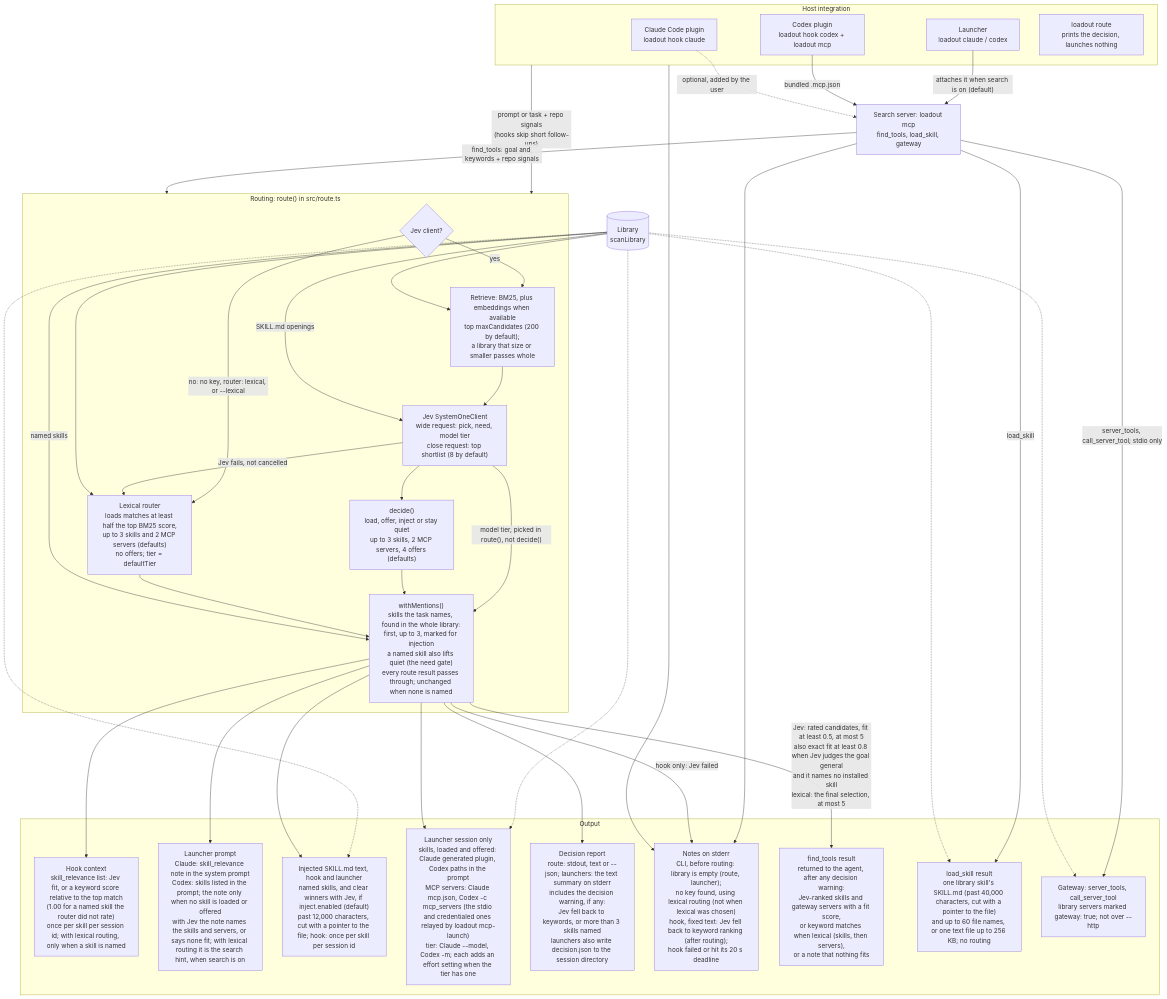
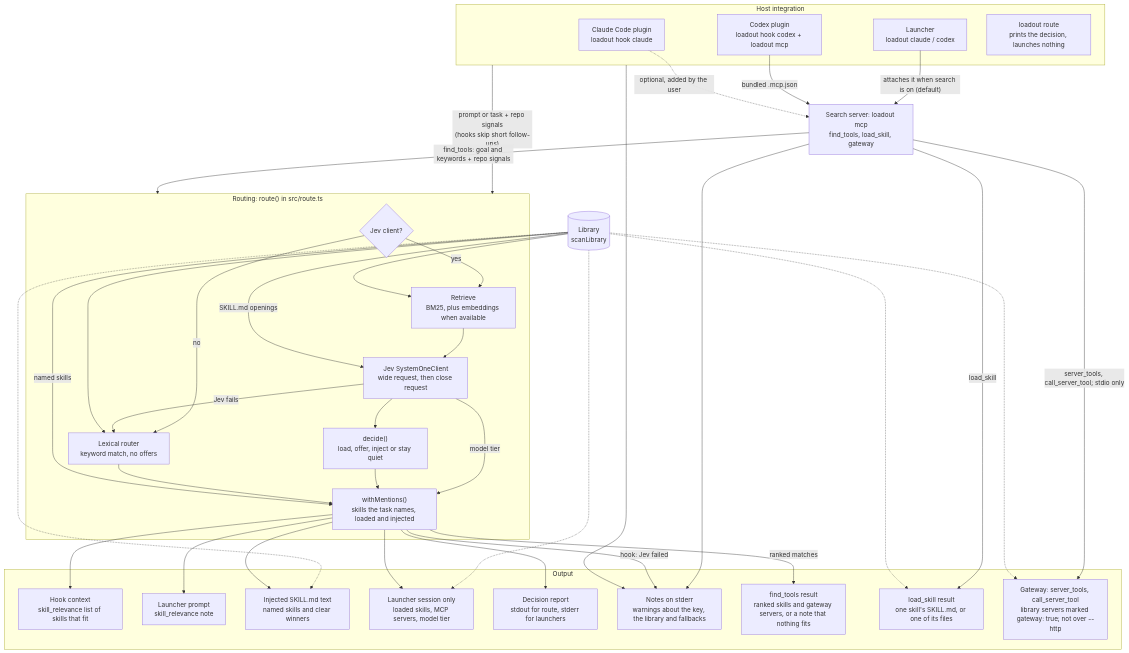
Before and after one commit to erik-hedstrom/loadout: the diagram in DESIGN.md, drawn with Mermaid. The commit also changed other lines of this file and 1 other file, not shown here.

Commit message:
E6: trim diagram labels to role and key output, fix prose nits
pr-reviewer: labels repeated limits and conditions the prose already states.
They now carry each node's role and key output; the prose is the single
source of the rules. Also: Codex injection note wording, no-Jev sentence
order in find_tools, hook fallback list, two rewraps. E6 back to review
until the render is checked on GitHub.

````diff
--- a/DESIGN.md
+++ b/DESIGN.md
@@ -29,67 +29,67 @@
 ```mermaid
 flowchart TB
     subgraph host["Host integration"]
         CH["Claude Code plugin<br/>loadout hook claude"]
         XH["Codex plugin<br/>loadout hook codex + loadout mcp"]
         LA["Launcher<br/>loadout claude / codex"]
         RT["loadout route<br/>prints the decision, launches nothing"]
     end
 
     MS["Search server: loadout mcp<br/>find_tools, load_skill, gateway"]
 
     LIB[("Library<br/>scanLibrary")]
 
     subgraph routing["Routing: route() in src/route.ts"]
         GATE{"Jev client?"}
-        RET["Retrieve: BM25, plus embeddings when available<br/>top maxCandidates (200 by default);<br/>a library that size or smaller passes whole"]
-        JEV["Jev SystemOneClient<br/>wide request: pick, need, model tier<br/>close request: top shortlist (8 by default)"]
-        DEC["decide()<br/>load, offer, inject or stay quiet<br/>up to 3 skills, 2 MCP servers, 4 offers (defaults)"]
-        LEX["Lexical router<br/>loads matches at least half the top BM25 score,<br/>up to 3 skills and 2 MCP servers (defaults)<br/>no offers; tier = defaultTier"]
-        MEN["withMentions()<br/>skills the task names, found in the whole library:<br/>first, up to 3, marked for injection<br/>a named skill also lifts quiet (the need gate)<br/>every route result passes through; unchanged when none is named"]
+        RET["Retrieve<br/>BM25, plus embeddings when available"]
+        JEV["Jev SystemOneClient<br/>wide request, then close request"]
+        DEC["decide()<br/>load, offer, inject or stay quiet"]
+        LEX["Lexical router<br/>keyword match, no offers"]
+        MEN["withMentions()<br/>skills the task names, loaded and injected"]
         GATE -->|"yes"| RET
-        GATE -->|"no: no key, router: lexical, or --lexical"| LEX
+        GATE -->|"no"| LEX
         RET --> JEV
-        JEV -->|"Jev fails, not cancelled"| LEX
+        JEV -->|"Jev fails"| LEX
         JEV --> DEC
-        JEV -->|"model tier, picked in route(), not decide()"| MEN
+        JEV -->|"model tier"| MEN
         DEC --> MEN
         LEX --> MEN
     end
 
     subgraph out["Output"]
-        HC["Hook context<br/>skill_relevance list: Jev fit, or a keyword score relative to the top match<br/>(1.00 for a named skill the router did not rate)<br/>once per skill per session id; with lexical routing, only when a skill is named"]
-        LC["Launcher prompt<br/>Claude: skill_relevance note in the system prompt<br/>Codex: skills listed in the prompt; the note only when no skill is loaded or offered<br/>with Jev the note names the skills and servers, or says none fit; with lexical routing it is the search hint, when search is on"]
-        INJ["Injected SKILL.md text, hook and launcher<br/>named skills, and clear winners with Jev, if inject.enabled (default)<br/>past 12,000 characters, cut with a pointer to the file; hook: once per skill per session id"]
-        LSN["Launcher session only<br/>skills, loaded and offered: Claude generated plugin, Codex paths in the prompt<br/>MCP servers: Claude mcp.json, Codex -c mcp_servers (the stdio and credentialed ones relayed by loadout mcp-launch)<br/>tier: Claude --model, Codex -m; each adds an effort setting when the tier has one"]
-        DR["Decision report<br/>route: stdout, text or --json; launchers: the text summary on stderr<br/>includes the decision warning, if any:<br/>Jev fell back to keywords, or more than 3 skills named<br/>launchers also write decision.json to the session directory"]
-        NOTE["Notes on stderr<br/>CLI, before routing: library is empty (route, launcher);<br/>no key found, using lexical routing (not when lexical was chosen)<br/>hook, fixed text: Jev fell back to keyword ranking (after routing);<br/>hook failed or hit its 20 s deadline"]
-        FSR["find_tools result<br/>returned to the agent, after any decision warning:<br/>Jev-ranked skills and gateway servers with a fit score,<br/>or keyword matches when lexical (skills, then servers),<br/>or a note that nothing fits"]
-        LS["load_skill result<br/>one library skill's SKILL.md (past 40,000 characters, cut with a pointer to the file)<br/>and up to 60 file names, or one text file up to 256 KB; no routing"]
+        HC["Hook context<br/>skill_relevance list of skills that fit"]
+        LC["Launcher prompt<br/>skill_relevance note"]
+        INJ["Injected SKILL.md text<br/>named skills and clear winners"]
+        LSN["Launcher session only<br/>loaded skills, MCP servers, model tier"]
+        DR["Decision report<br/>stdout for route, stderr for launchers"]
+        NOTE["Notes on stderr<br/>warnings about the key, the library and fallbacks"]
+        FSR["find_tools result<br/>ranked skills and gateway servers, or a note that nothing fits"]
+        LS["load_skill result<br/>one skill's SKILL.md, or one of its files"]
         GW["Gateway: server_tools, call_server_tool<br/>library servers marked gateway: true; not over --http"]
     end
 
     host -->|"prompt or task + repo signals<br/>(hooks skip short follow-ups)"| routing
     LA -->|"attaches it when search is on (default)"| MS
     XH -->|"bundled .mcp.json"| MS
     CH -.->|"optional, added by the user"| MS
     MS -->|"find_tools: goal and keywords + repo signals"| routing
     MS -->|"load_skill"| LS
     MS -->|"server_tools, call_server_tool; stdio only"| GW
     LIB --> RET
     LIB --> LEX
     LIB -->|"named skills"| MEN
     LIB -->|"SKILL.md openings"| JEV
     LIB -.-> INJ
     LIB -.-> LSN
     LIB -.-> LS
     LIB -.-> GW
     host --> NOTE
     MS --> NOTE
     MEN --> HC
     MEN --> LC
     MEN --> INJ
     MEN --> LSN
     MEN --> DR
-    MEN -->|"hook only: Jev failed"| NOTE
-    MEN -->|"Jev: rated candidates, fit at least 0.5, at most 5<br/>also exact fit at least 0.8 when Jev judges the goal general<br/>and it names no installed skill<br/>lexical: the final selection, at most 5"| FSR
+    MEN -->|"hook: Jev failed"| NOTE
+    MEN -->|"ranked matches"| FSR
 ```
````
